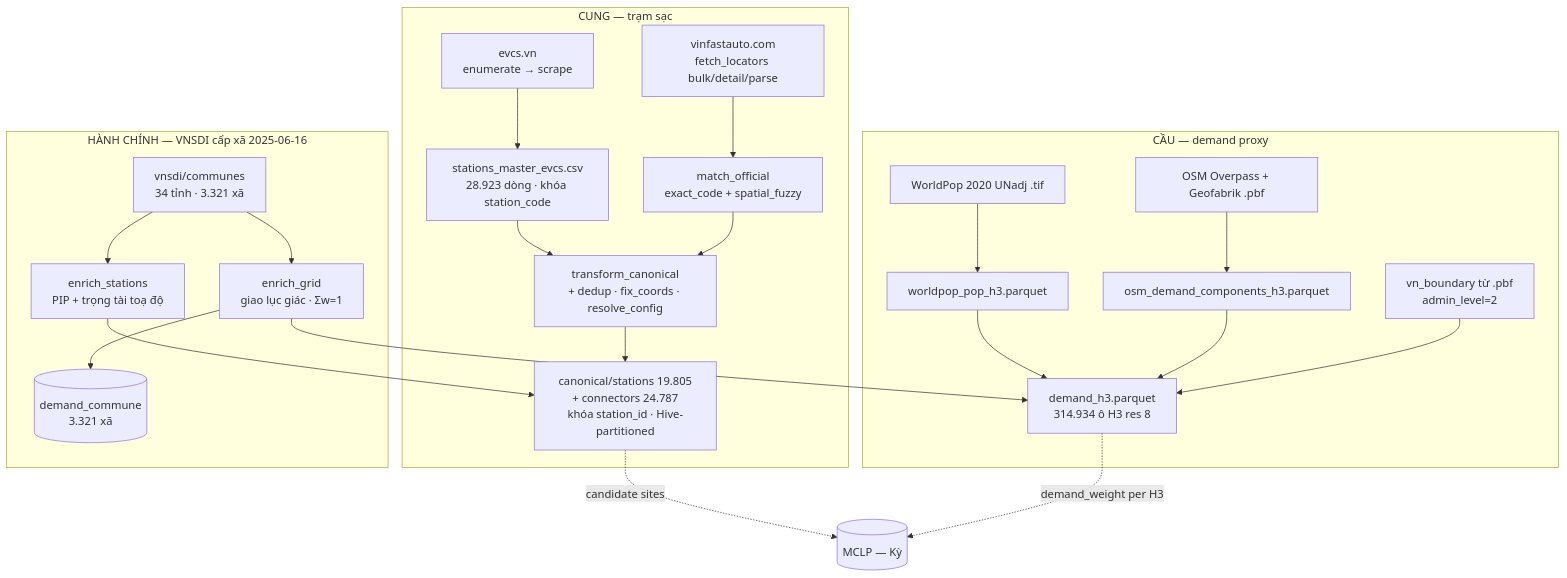
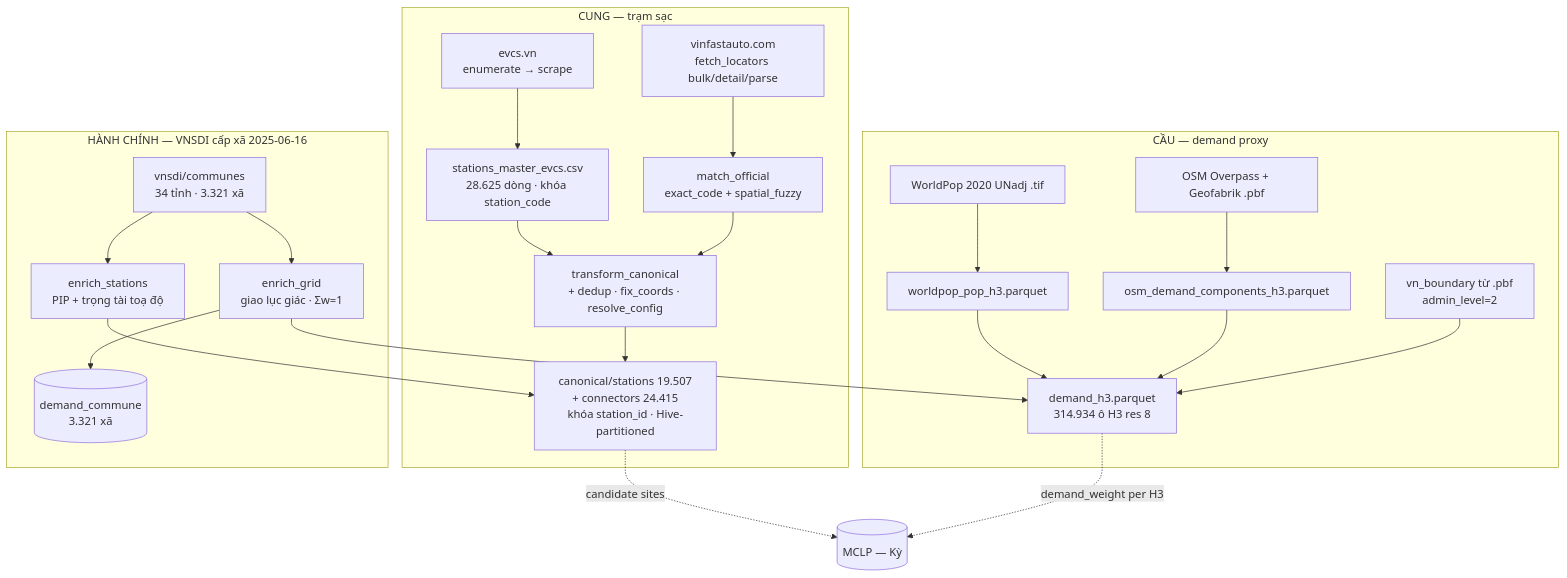
One commit to giangnt306/vgreen-charging-siting changed the diagram in docs/data-layer/overview.md. Above: the diagram before and after it, drawn with Mermaid. The commit also changed other lines of this file and 16 other files, not shown here.

````diff
--- a/docs/data-layer/overview.md
+++ b/docs/data-layer/overview.md
@@ -33,26 +36,26 @@
 ```mermaid
 flowchart TD
     subgraph SUPPLY["CUNG — trạm sạc"]
-        E1[evcs.vn<br/>enumerate → scrape] --> E2[stations_master_evcs.csv<br/>28.923 dòng · khóa station_code]
+        E1[evcs.vn<br/>enumerate → scrape] --> E2[stations_master_evcs.csv<br/>28.625 dòng · khóa station_code]
         E2 --> E3[transform_canonical<br/>+ dedup · fix_coords · resolve_config]
         VF[vinfastauto.com<br/>fetch_locators bulk/detail/parse] --> XR[match_official<br/>exact_code + spatial_fuzzy]
         XR --> E3
-        E3 --> CAN[canonical/stations 19.805<br/>+ connectors 24.787<br/>khóa station_id · Hive-partitioned]
+        E3 --> CAN[canonical/stations 19.507<br/>+ connectors 24.415<br/>khóa station_id · Hive-partitioned]
     end
     subgraph DEMAND["CẦU — demand proxy"]
         WP[WorldPop 2020 UNadj .tif] --> WPH[worldpop_pop_h3.parquet]
         OSM[OSM Overpass + Geofabrik .pbf] --> OSMH[osm_demand_components_h3.parquet]
         WPH --> DH[demand_h3.parquet<br/>314.934 ô H3 res 8]
         OSMH --> DH
         VN[vn_boundary từ .pbf<br/>admin_level=2] --> DH
     end
     subgraph ADMIN["HÀNH CHÍNH — VNSDI cấp xã 2025-06-16"]
         VNSDI[vnsdi/communes<br/>34 tỉnh · 3.321 xã] --> AS[enrich_stations<br/>PIP + trọng tài toạ độ]
         VNSDI --> AG[enrich_grid<br/>giao lục giác · Σw=1]
         AS --> CAN
         AG --> DH
         AG --> DC[(demand_commune<br/>3.321 xã)]
     end
     CAN -.->|candidate sites| MCLP[(MCLP — Kỳ)]
     DH -.->|demand_weight per H3| MCLP
 ```
````
